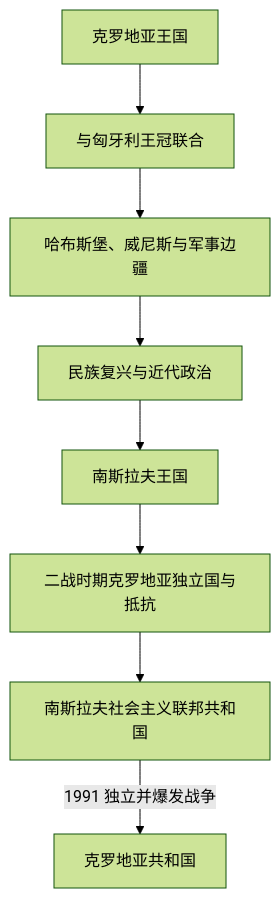
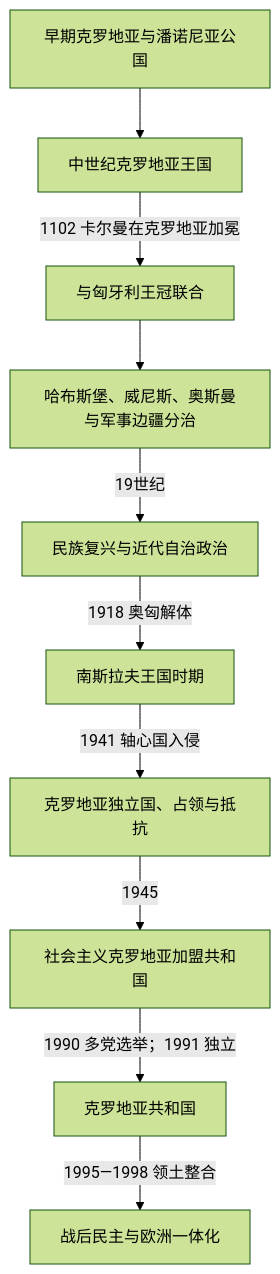
The diagram in 人文科学/历史/欧洲/东南欧与巴尔干/克罗地亚/README.md (tianlan-dev/learning-notes), drawn with Mermaid (forest theme) before and after one commit. The commit also changed other lines of this file and 1417 other files, not shown here.

````diff
--- a/人文科学/历史/欧洲/东南欧与巴尔干/克罗地亚/README.md
+++ b/人文科学/历史/欧洲/东南欧与巴尔干/克罗地亚/README.md
@@ -13,10 +13,12 @@
 ```mermaid
 flowchart TD
-    Kingdom["克罗地亚王国"] --> Union["与匈牙利王冠联合"]
-    Union --> Habsburg["哈布斯堡、威尼斯与军事边疆"]
-    Habsburg --> Revival["民族复兴与近代政治"]
-    Revival --> YugKingdom["南斯拉夫王国"]
-    YugKingdom --> WWII["二战时期克罗地亚独立国与抵抗"]
-    WWII --> SFRY["南斯拉夫社会主义联邦共和国"]
-    SFRY -->|"1991 独立并爆发战争"| Republic["克罗地亚共和国"]
+    A["早期克罗地亚与潘诺尼亚公国"] --> B["中世纪克罗地亚王国"]
+    B -->|1102 卡尔曼在克罗地亚加冕| C["与匈牙利王冠联合"]
+    C --> D["哈布斯堡、威尼斯、奥斯曼与军事边疆分治"]
+    D -->|19世纪| E["民族复兴与近代自治政治"]
+    E -->|1918 奥匈解体| F["南斯拉夫王国时期"]
+    F -->|1941 轴心国入侵| G["克罗地亚独立国、占领与抵抗"]
+    G -->|1945| H["社会主义克罗地亚加盟共和国"]
+    H -->|1990 多党选举；1991 独立| I["克罗地亚共和国"]
+    I -->|1995—1998 领土整合| J["战后民主与欧洲一体化"]
 ```
````
